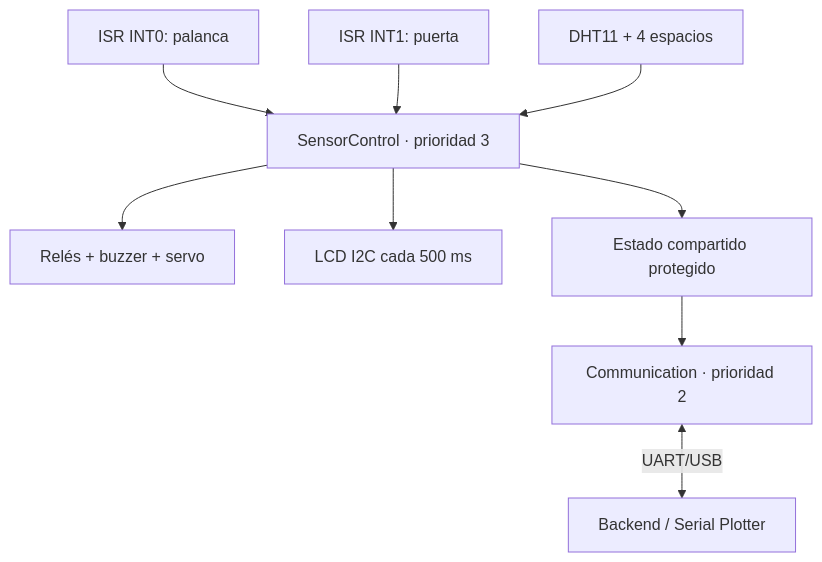
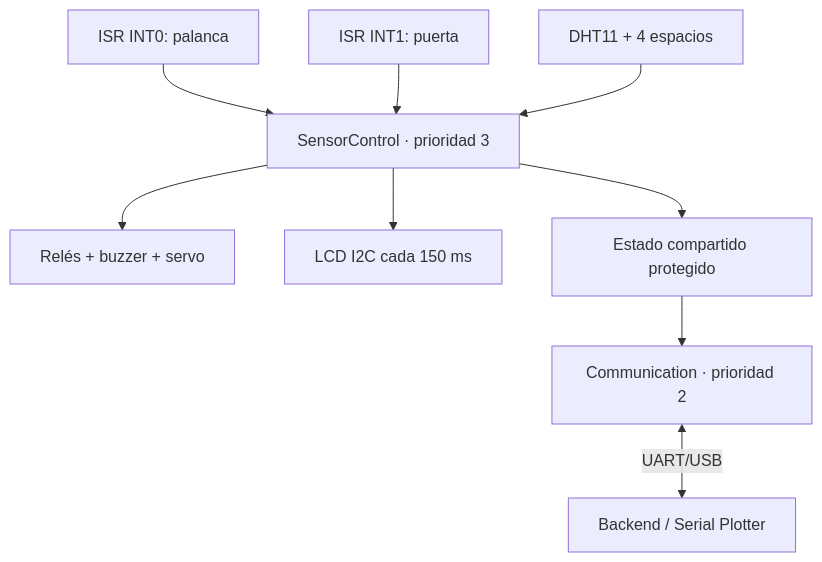
One commit to ricardious/AYC2_G3 changed the diagram in Practica_1_SmartEgg/firmware/README.md. Above: the diagram before and after it, drawn with Mermaid. The commit also changed other lines of this file and 4 other files, not shown here.

````diff
--- a/Practica_1_SmartEgg/firmware/README.md
+++ b/Practica_1_SmartEgg/firmware/README.md
@@ -49,11 +51,11 @@
 ```mermaid
 flowchart TD
     INT0[ISR INT0: palanca] --> SC[SensorControl · prioridad 3]
     INT1[ISR INT1: puerta] --> SC
     DHT[DHT11 + 4 espacios] --> SC
     SC --> OUT[Relés + buzzer + servo]
-    SC --> LCD[LCD I2C cada 500 ms]
+    SC --> LCD[LCD I2C cada 150 ms]
     SC --> STATE[Estado compartido protegido]
     STATE --> COM[Communication · prioridad 2]
     COM <-->|UART/USB| PC[Backend / Serial Plotter]
 ```
````
